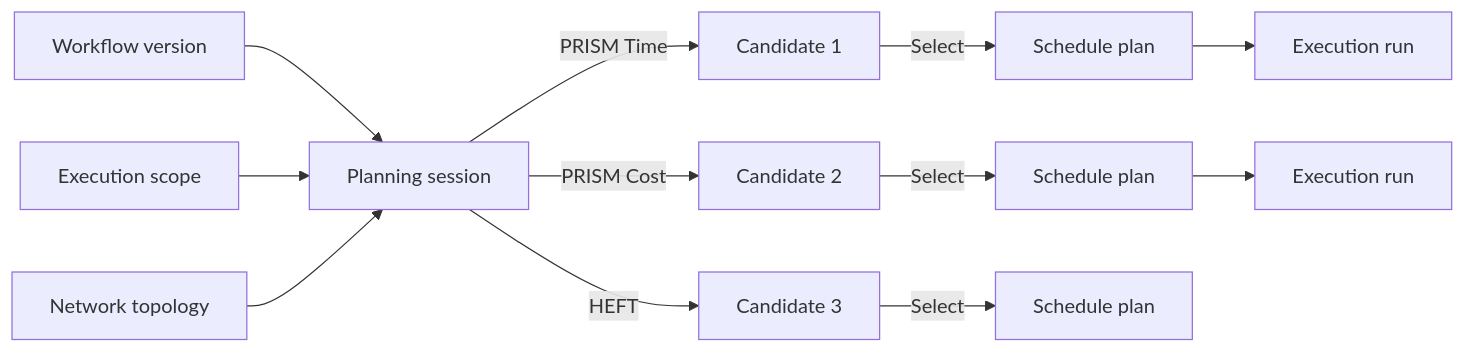
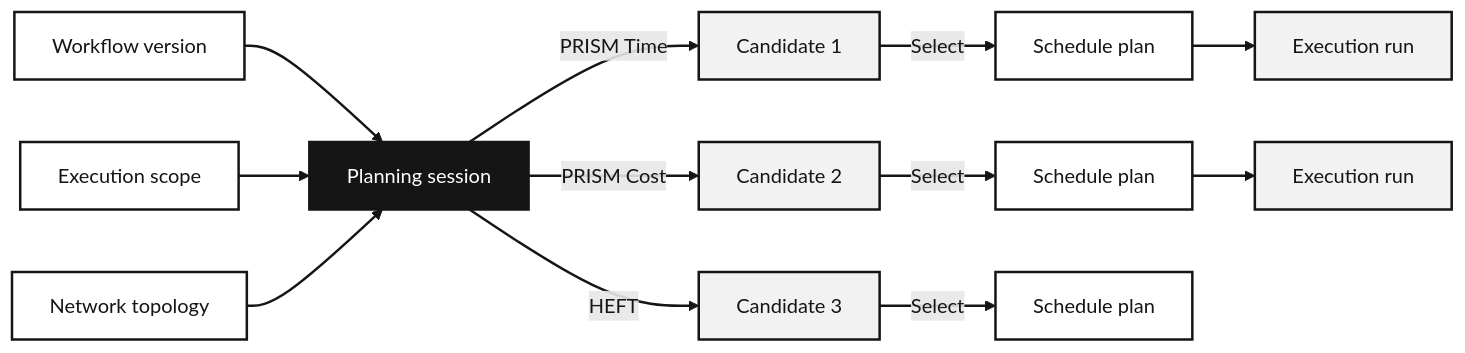
One commit to UFFeScience/akoflow changed the diagram in docs/docs/tutorials/compare-plans.md. Above: the diagram before and after it, drawn with Mermaid. The commit also changed 11 other files, not shown here.

Commit message:
docs: render monochrome Mermaid diagrams

````diff
--- a/docs/docs/tutorials/compare-plans.md
+++ b/docs/docs/tutorials/compare-plans.md
@@ -46,14 +46,26 @@
 ```mermaid
 flowchart LR
   WF[Workflow version] --> Session[Planning session]
   Scope[Execution scope] --> Session
   Net[Network topology] --> Session
   Session -->|PRISM Time| C1[Candidate 1]
   Session -->|PRISM Cost| C2[Candidate 2]
   Session -->|HEFT| C3[Candidate 3]
   C1 -->|Select| Plan1[Schedule plan]
   C2 -->|Select| Plan2[Schedule plan]
   C3 -->|Select| Plan3[Schedule plan]
   Plan1 --> Run1[Execution run]
   Plan2 --> Run2[Execution run]
+
+  classDef source fill:#ffffff,stroke:#151515,color:#151515,stroke-width:2px
+  classDef session fill:#151515,stroke:#151515,color:#ffffff,stroke-width:2px
+  classDef candidate fill:#f2f2f2,stroke:#151515,color:#151515,stroke-width:2px
+  classDef plan fill:#ffffff,stroke:#151515,color:#151515,stroke-width:2px
+  classDef run fill:#f2f2f2,stroke:#151515,color:#151515,stroke-width:2px
+  class WF,Scope,Net source
+  class Session session
+  class C1,C2,C3 candidate
+  class Plan1,Plan2,Plan3 plan
+  class Run1,Run2 run
+  linkStyle default stroke:#151515,stroke-width:2px,color:#151515
 ```
````
